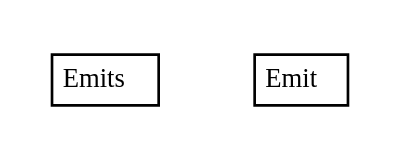
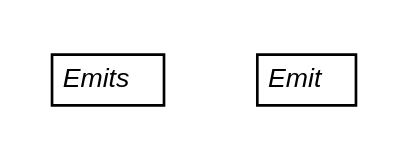
One commit to trajano/jetng changed the diagram in jetng-apt/apidocs/net/trajano/jetng/apt/net.trajano.jetng.apt.dot. Above: the diagram before and after it, drawn with Graphviz. The commit also changed 67 other files, not shown here.

```diff
--- a/jetng-apt/apidocs/net/trajano/jetng/apt/net.trajano.jetng.apt.dot
+++ b/jetng-apt/apidocs/net/trajano/jetng/apt/net.trajano.jetng.apt.dot
@@ -1,24 +1,24 @@
 #!/usr/local/bin/dot
 #
 # Class diagram 
 # Generated by UMLGraph version R5_6-24-gf6e263 (http://www.umlgraph.org/)
 #
 
 digraph G {
-	edge [fontname="arial",fontsize=10,labelfontname="arial",labelfontsize=10];
-	node [fontname="arial",fontsize=10,shape=plaintext];
+	edge [fontname="Helvetica",fontsize=10,labelfontname="Helvetica",labelfontsize=10];
+	node [fontname="Helvetica",fontsize=10,shape=plaintext];
 	nodesep=0.25;
 	ranksep=0.5;
 	// net.trajano.jetng.apt.Emits
 	c0 [label=<<table title="net.trajano.jetng.apt.Emits" border="0" cellborder="1" cellspacing="0" cellpadding="2" port="p" href="./Emits.html">
 		<tr><td><table border="0" cellspacing="0" cellpadding="1">
-<tr><td align="center" balign="center"><font face="arial italic"> Emits </font></td></tr>
+<tr><td align="center" balign="center"><font face="Helvetica-Oblique"> Emits </font></td></tr>
 		</table></td></tr>
-		</table>>, URL="./Emits.html", fontname="arial", fontcolor="black", fontsize=10.0];
+		</table>>, URL="./Emits.html", fontname="Helvetica", fontcolor="black", fontsize=10.0];
 	// net.trajano.jetng.apt.Emit
 	c1 [label=<<table title="net.trajano.jetng.apt.Emit" border="0" cellborder="1" cellspacing="0" cellpadding="2" port="p" href="./Emit.html">
 		<tr><td><table border="0" cellspacing="0" cellpadding="1">
-<tr><td align="center" balign="center"><font face="arial italic"> Emit </font></td></tr>
+<tr><td align="center" balign="center"><font face="Helvetica-Oblique"> Emit </font></td></tr>
 		</table></td></tr>
-		</table>>, URL="./Emit.html", fontname="arial", fontcolor="black", fontsize=10.0];
+		</table>>, URL="./Emit.html", fontname="Helvetica", fontcolor="black", fontsize=10.0];
 }
```
